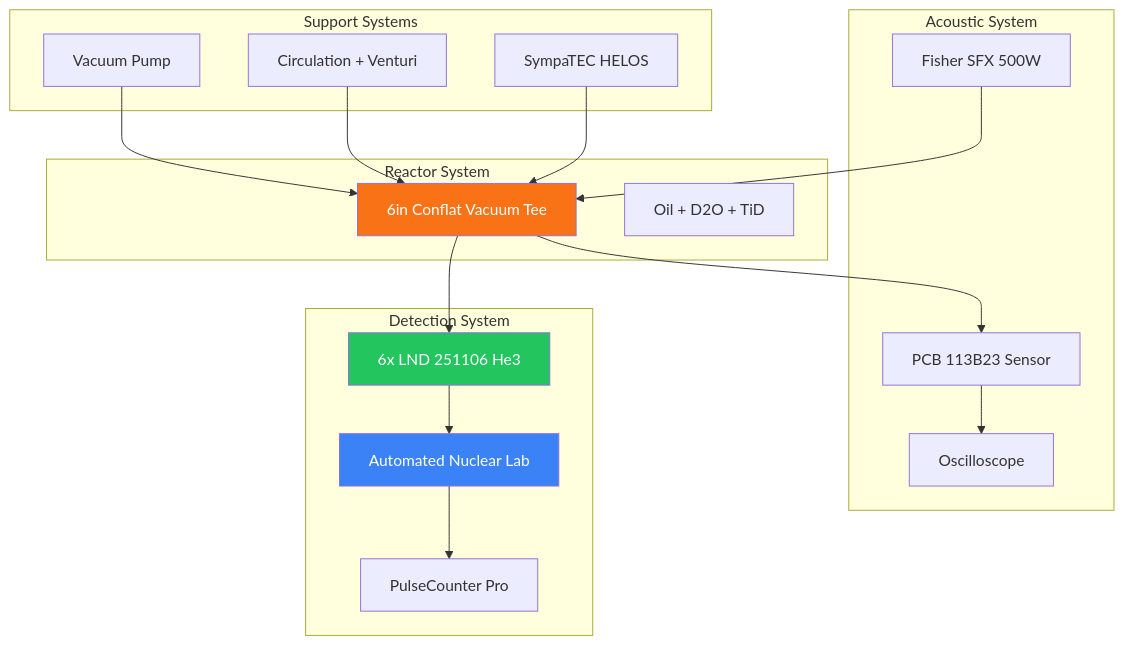
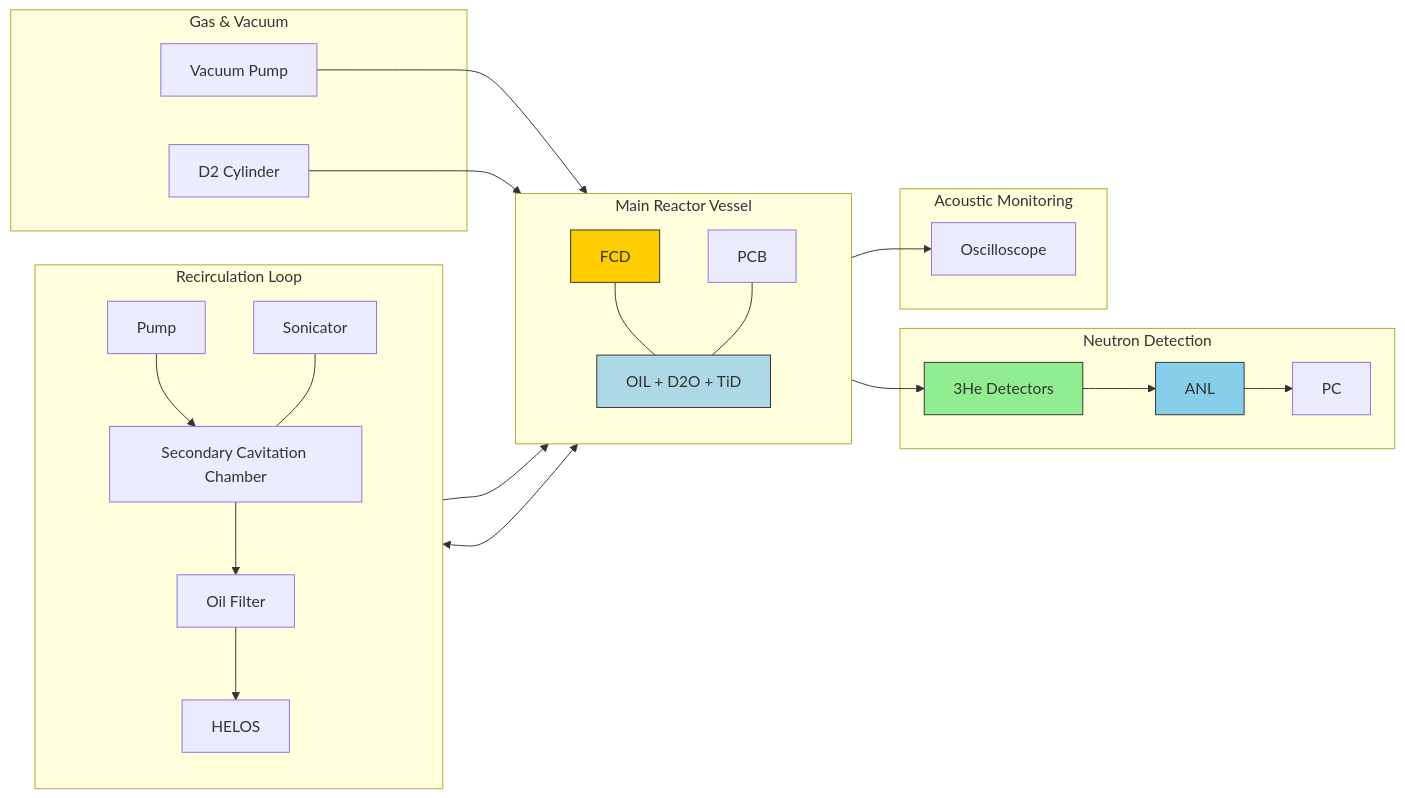
One commit to szemkoff/LAFRES changed the first of 2 diagrams in website/docs/research/published-results.md. Above: the diagram before and after it, drawn with Mermaid. The commit also changed other lines of this file, not shown here.

Commit message:
Add original block diagram and improved Mermaid recreation
- Added ReactorBlockDiagram.png from publication to published-results page
- Created more accurate Mermaid diagram showing:
  - Main reactor vessel with OIL+D2O+TiD
  - FCD (Fisher Cavitation Driver) and PCB sensor
  - 3He detection chain: Detectors → ANL → PC
  - Recirculation loop: Pump → Secondary Cavitation → Filter → HELOS
  - Vacuum pump and D2 cylinder connections
  - Oscilloscope for acoustic monitoring
- Added component reference table

````diff
--- a/website/docs/research/published-results.md
+++ b/website/docs/research/published-results.md
@@ -51,36 +53,52 @@
 ```mermaid
-flowchart TB
-    subgraph Reactor["Reactor System"]
-        R["6in Conflat Vacuum Tee"]
-        WF["Oil + D2O + TiD"]
+flowchart LR
+    subgraph Detection["Neutron Detection"]
+        He3["3He Detectors"]
+        ANL["ANL"]
+        PC["PC"]
+        He3 --> ANL --> PC
     end
-    
-    subgraph Acoustic["Acoustic System"]
-        FD["Fisher SFX 500W"]
-        PCB["PCB 113B23 Sensor"]
+
+    subgraph MainReactor["Main Reactor Vessel"]
+        direction TB
+        FCD["FCD"]
+        PCB["PCB"]
+        VESSEL["OIL + D2O + TiD"]
+        FCD --- VESSEL
+        PCB --- VESSEL
+    end
+
+    subgraph Recirculation["Recirculation Loop"]
+        direction TB
+        PUMP["Pump"]
+        SEC["Secondary Cavitation Chamber"]
+        SON["Sonicator"]
+        FILTER["Oil Filter"]
+        HELOS["HELOS"]
+        PUMP --> SEC
+        SON --- SEC
+        SEC --> FILTER
+        FILTER --> HELOS
+    end
+
+    subgraph BottomSystems["Gas & Vacuum"]
+        VAC["Vacuum Pump"]
+        D2["D2 Cylinder"]
+    end
+
+    subgraph Monitoring["Acoustic Monitoring"]
         SCOPE["Oscilloscope"]
     end
-    
-    subgraph Detection["Detection System"]
-        He3["6x LND 251106 He3"]
-        ANL["Automated Nuclear Lab"]
-        PC["PulseCounter Pro"]
-    end
-    
-    subgraph Support["Support Systems"]
-        VAC["Vacuum Pump"]
-        CIRC["Circulation + Venturi"]
-        HELOS["SympaTEC HELOS"]
-    end
-    
-    FD --> R
-    R --> PCB --> SCOPE
-    R --> He3 --> ANL --> PC
-    VAC --> R
-    CIRC --> R
-    HELOS --> R
-    
-    style R fill:#f97316,color:#fff
-    style He3 fill:#22c55e,color:#fff
-    style ANL fill:#3b82f6,color:#fff
+
+    VESSEL --> He3
+    PCB --> SCOPE
+    VESSEL <--> PUMP
+    HELOS --> VESSEL
+    VAC --> VESSEL
+    D2 --> VESSEL
+
+    style VESSEL fill:#add8e6,stroke:#333
+    style FCD fill:#ffcc00,stroke:#333
+    style He3 fill:#90EE90,stroke:#333
+    style ANL fill:#87CEEB,stroke:#333
 ```
````
